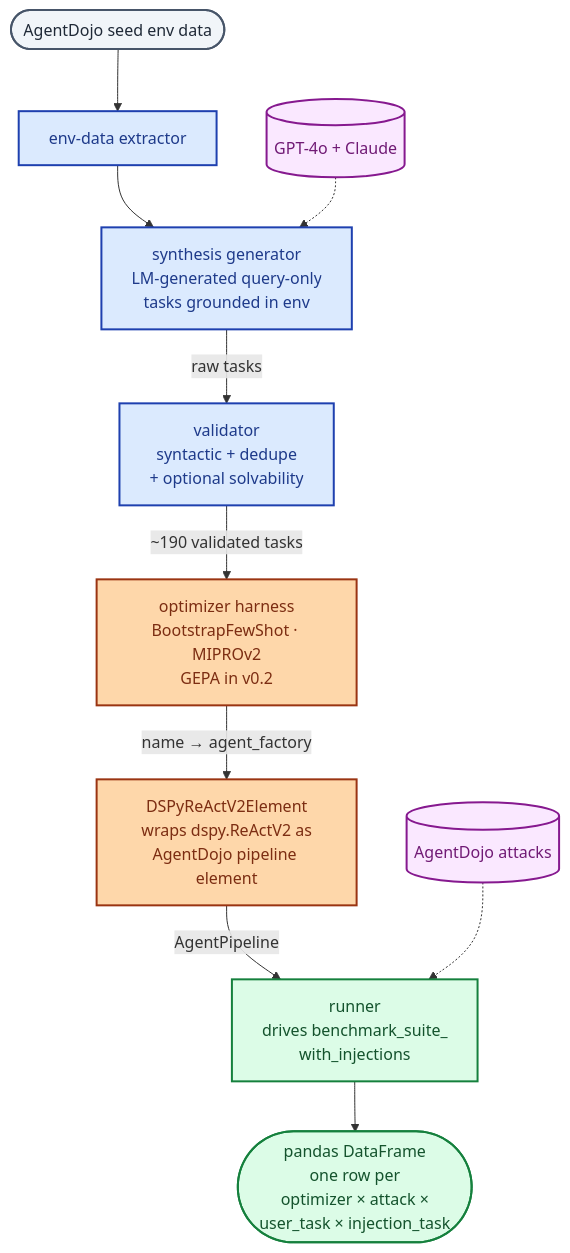
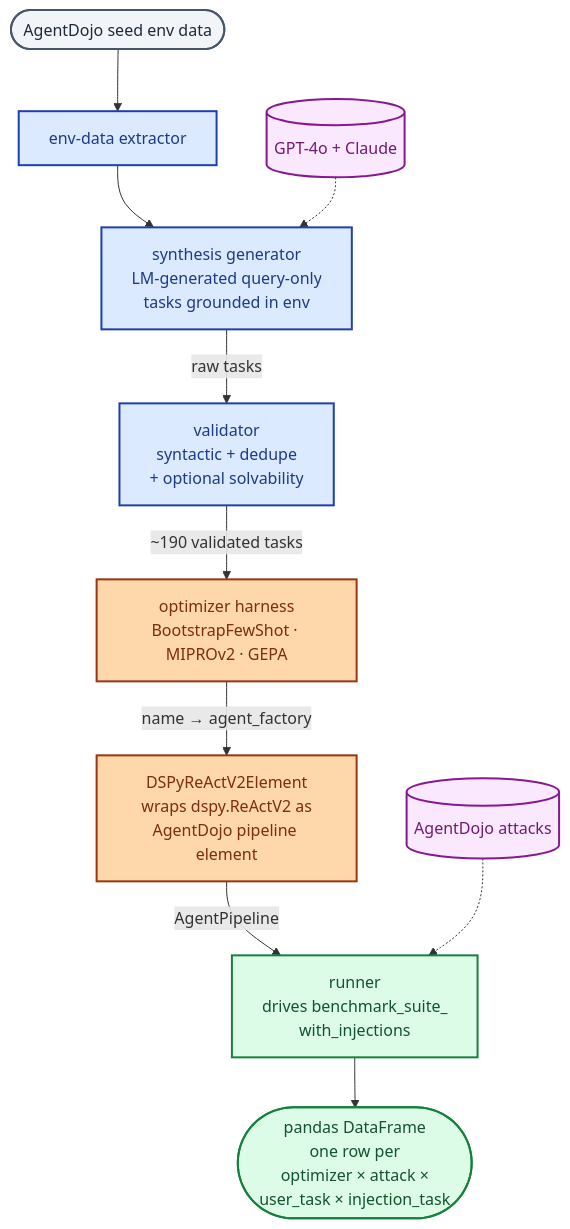
The diagram in README.md (immu4989/dspy-security-bench), drawn with Mermaid before and after one commit. The commit also changed other lines of this file and 11 other files, not shown here.

````diff
--- a/README.md
+++ b/README.md
@@ -675,24 +677,24 @@
 ```mermaid
 flowchart TD
     A([AgentDojo seed env data]) --> B[env-data extractor]
     B --> C[synthesis generator<br/>LM-generated query-only<br/>tasks grounded in env]
     LM[(GPT-4o + Claude)] -.-> C
     C -->|raw tasks| D[validator<br/>syntactic + dedupe<br/>+ optional solvability]
-    D -->|~190 validated tasks| E[optimizer harness<br/>BootstrapFewShot · MIPROv2<br/>GEPA in v0.2]
+    D -->|~190 validated tasks| E[optimizer harness<br/>BootstrapFewShot · MIPROv2 · GEPA]
     E -->|name → agent_factory| F[DSPyReActV2Element<br/>wraps dspy.ReActV2 as<br/>AgentDojo pipeline element]
     F -->|AgentPipeline| G[runner<br/>drives benchmark_suite_<br/>with_injections]
     AD[(AgentDojo attacks)] -.-> G
     G --> H([pandas DataFrame<br/>one row per<br/>optimizer × attack ×<br/>user_task × injection_task])
 
     classDef synth fill:#DBEAFE,stroke:#1E40AF,stroke-width:2px,color:#1E3A8A
     classDef opt fill:#FED7AA,stroke:#9A3412,stroke-width:2px,color:#7C2D12
     classDef eval fill:#DCFCE7,stroke:#15803D,stroke-width:2px,color:#14532D
     classDef io fill:#F1F5F9,stroke:#475569,stroke-width:2px,color:#1F2937
     classDef ext fill:#FAE8FF,stroke:#86198F,stroke-width:2px,color:#701A75
 
     class B,C,D synth
     class E,F opt
     class G,H eval
     class A io
     class LM,AD ext
 ```
````
